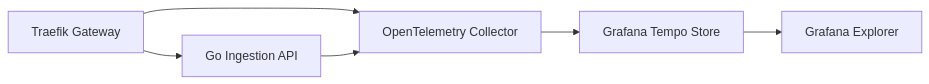
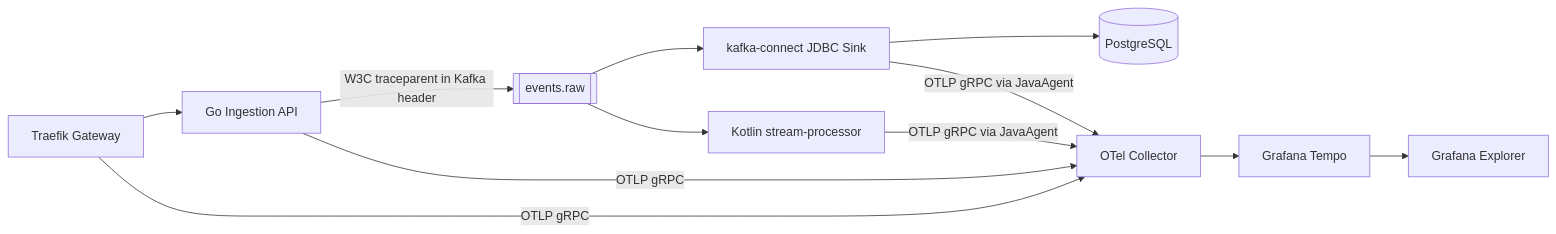
One commit to Chief-Strategist-J/messaging-pipeline changed the fifth of 6 diagrams in README.md. Above: the diagram before and after it, drawn with Mermaid. The commit also changed other lines of this file, not shown here.

````diff
--- a/README.md
+++ b/README.md
@@ -332,8 +323,14 @@
 ```mermaid
 graph LR
     Traefik[Traefik Gateway] --> GoAPI[Go Ingestion API]
-    Traefik --> OTel[OpenTelemetry Collector]
-    GoAPI --> OTel
-    OTel --> Tempo[Grafana Tempo Store]
+    GoAPI -->|W3C traceparent in Kafka header| KafkaRaw[[events.raw]]
+    KafkaRaw --> KStreams[Kotlin stream-processor]
+    KafkaRaw --> Connect[kafka-connect JDBC Sink]
+    Connect --> PG[(PostgreSQL)]
+    Traefik -->|OTLP gRPC| OTel[OTel Collector]
+    GoAPI -->|OTLP gRPC| OTel
+    KStreams -->|OTLP gRPC via JavaAgent| OTel
+    Connect -->|OTLP gRPC via JavaAgent| OTel
+    OTel --> Tempo[Grafana Tempo]
     Tempo --> Grafana[Grafana Explorer]
 ```
````
